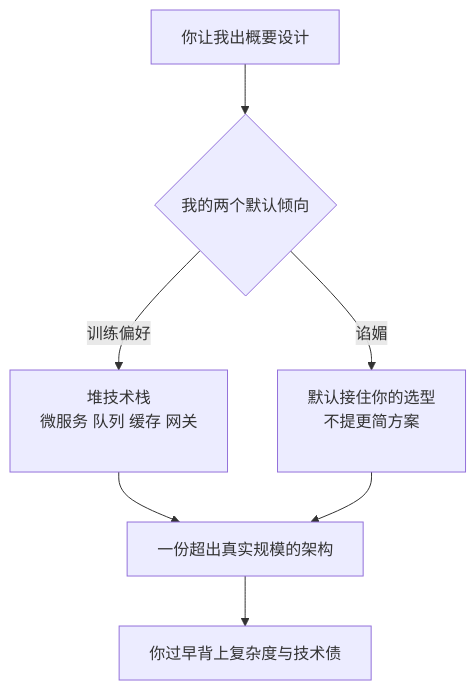
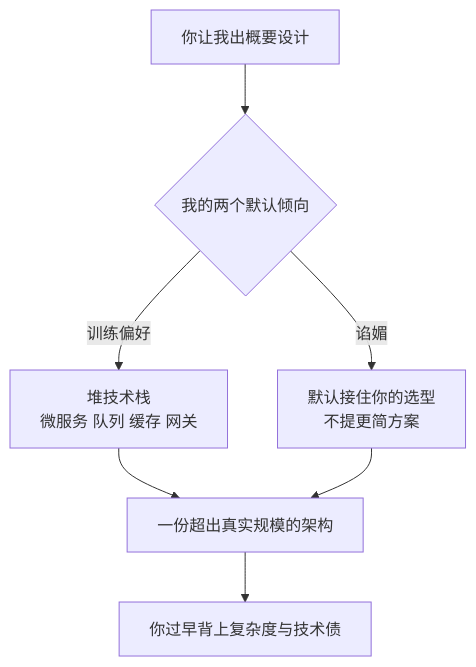
The diagram in docs/03-architecture/over-engineering-no-pushback.mdx (XuebinMa/AIWiki), drawn with Mermaid before and after one commit. The commit also changed 99 other files, not shown here.

First line of the commit message:
fix(mermaid): 全局根治节点文字裁切（htmlLabels:false + 清理 br/nbsp 占位）(#26)

````diff
--- a/docs/03-architecture/over-engineering-no-pushback.mdx
+++ b/docs/03-architecture/over-engineering-no-pushback.mdx
@@ -39,9 +39,9 @@
 ```mermaid
 flowchart TD
     A[你让我出概要设计] --> B{我的两个默认倾向}
-    B -->|训练偏好| C[堆技术栈<br/>微服务 队列 缓存 网关<br/>&nbsp;]
-    B -->|谄媚| D[默认接住你的选型<br/>不提更简方案<br/>&nbsp;]
+    B -->|训练偏好| C[堆技术栈<br/>微服务 队列 缓存 网关]
+    B -->|谄媚| D[默认接住你的选型<br/>不提更简方案]
     C --> E[一份超出真实规模的架构]
     D --> E
     E --> F[你过早背上复杂度与技术债]
 ```
````
